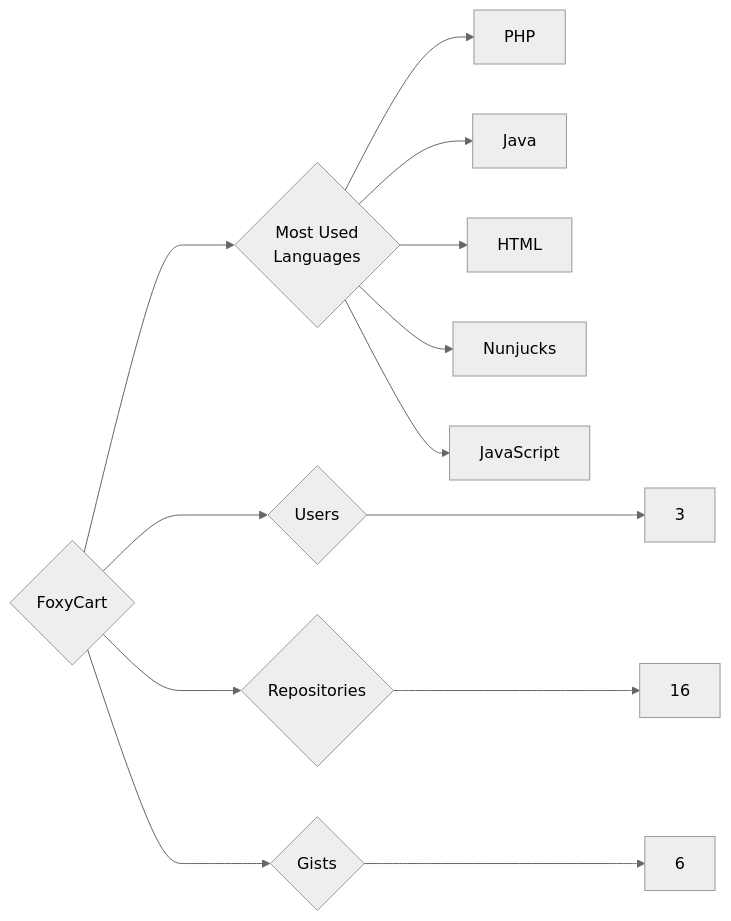
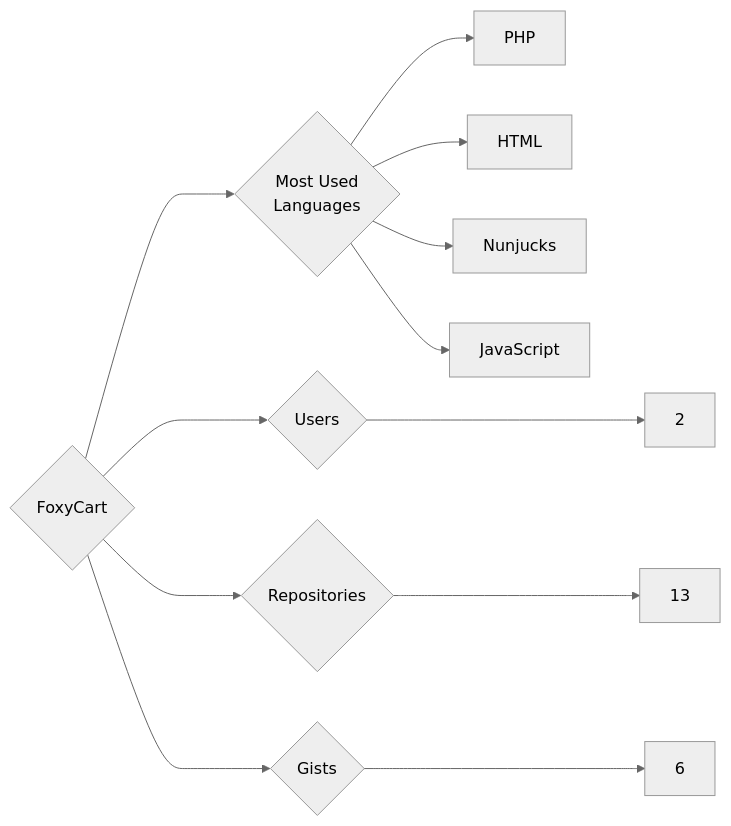
Before and after one commit to trickest/insiders: the diagram in targets/FoxyCart/README.md, drawn with Mermaid (neutral theme). The commit also changed 914 other files, not shown here.

````diff
--- a/targets/FoxyCart/README.md
+++ b/targets/FoxyCart/README.md
@@ -3,13 +3,12 @@
 ```mermaid
 graph LR
 COMPANY_NAME{FoxyCart}
-COMPANY_NAME ---> U{Users} ---> UN[3]
-COMPANY_NAME ---> R{Repositories} ---> RN[16]
+COMPANY_NAME ---> U{Users} ---> UN[2]
+COMPANY_NAME ---> R{Repositories} ---> RN[13]
 COMPANY_NAME ---> G{Gists} ---> GN[6]
 COMPANY_NAME ---> ML{Most Used<br>Languages}
 ML --> PHP[PHP]
-ML --> Java[Java]
 ML --> HTML[HTML]
 ML --> Nunjucks[Nunjucks]
 ML --> JavaScript[JavaScript]
 ```
````
